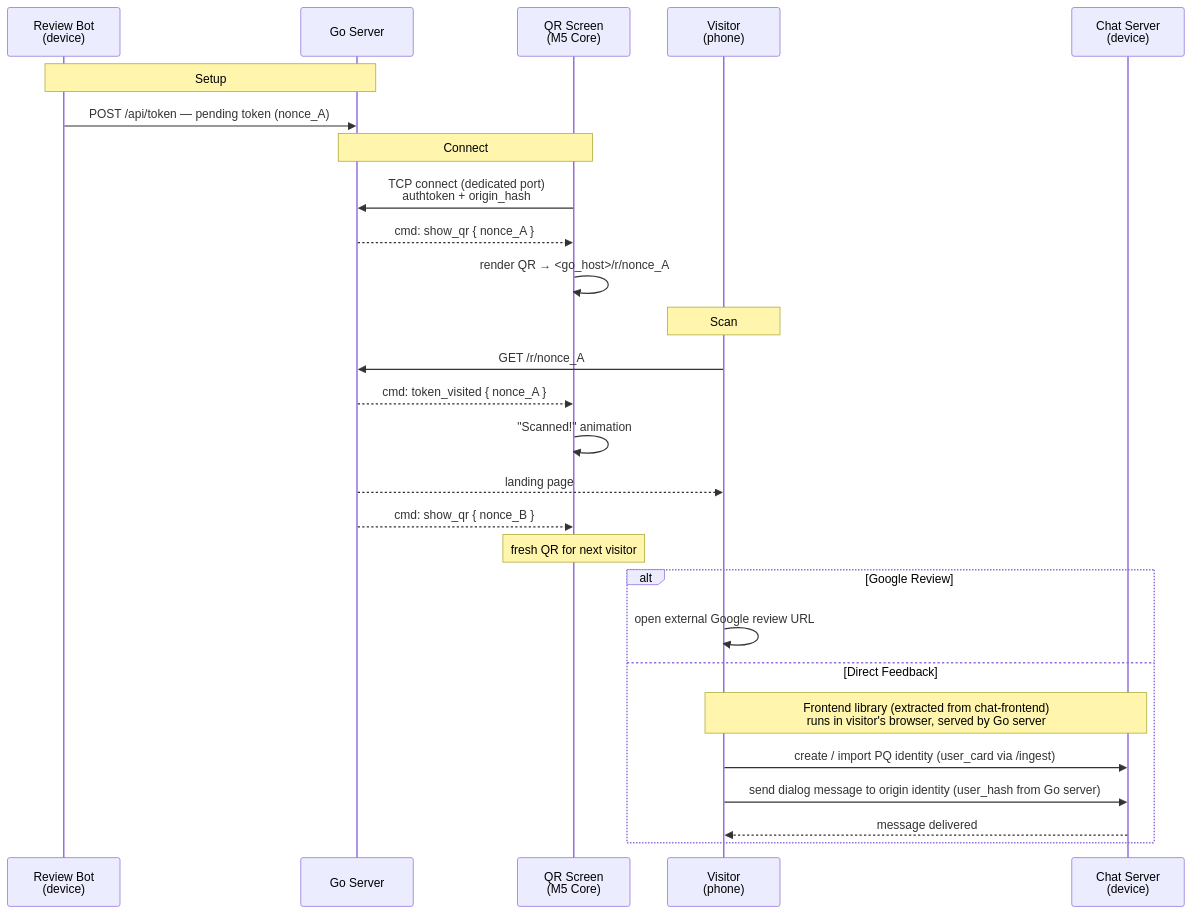
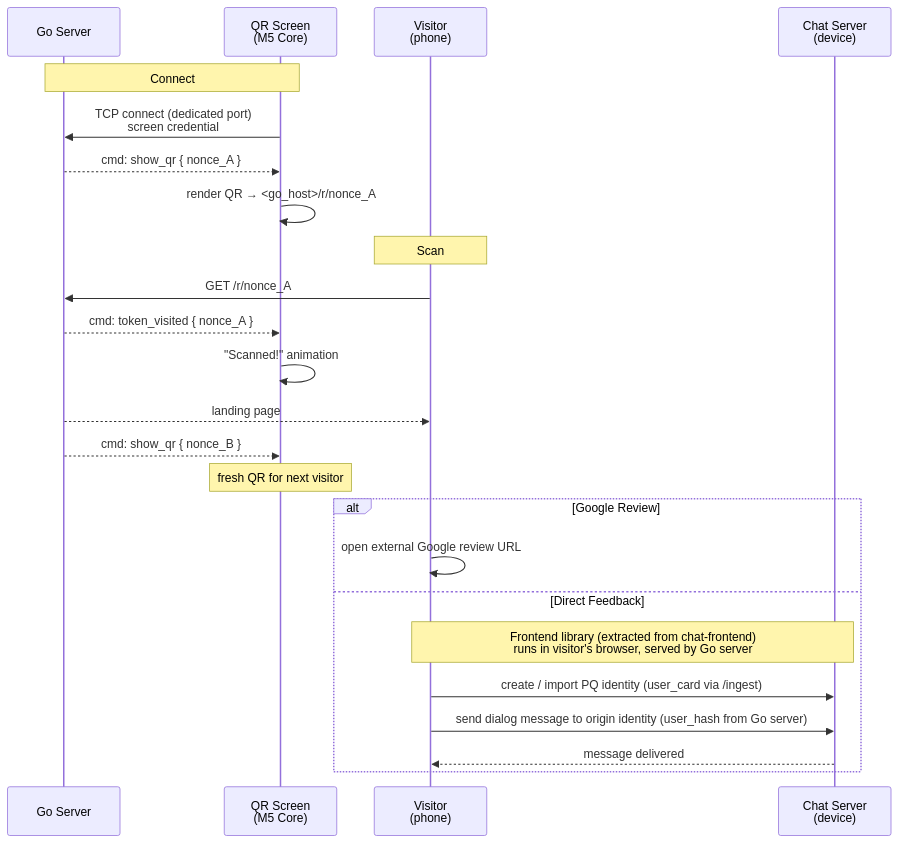
Before and after one commit to Buckitup-chat/chat: the diagram in docs/pq/reqs/reviews/pq_review_mvp_qr_flow.proposed.md, drawn with Mermaid. The commit also changed other lines of this file, not shown here.

Commit message:
review: fixing mvp

````diff
--- a/docs/pq/reqs/reviews/pq_review_mvp_qr_flow.proposed.md
+++ b/docs/pq/reqs/reviews/pq_review_mvp_qr_flow.proposed.md
@@ -27,33 +26,29 @@
 ```mermaid
 sequenceDiagram
-    participant Bot as Review Bot<br/>(device)
     participant Go as Go Server
     participant M5 as QR Screen<br/>(M5 Core)
     participant V as Visitor<br/>(phone)
     participant Chat as Chat Server<br/>(device)
 
-    Note over Bot,Go: Setup
-    Bot->>Go: POST /api/token — pending token (nonce_A)
-
     Note over M5,Go: Connect
-    M5->>Go: TCP connect (dedicated port)<br/>authtoken + origin_hash
+    M5->>Go: TCP connect (dedicated port)<br/>screen credential
     Go-->>M5: cmd: show_qr { nonce_A }
     M5->>M5: render QR → <go_host>/r/nonce_A
 
     Note over V: Scan
     V->>Go: GET /r/nonce_A
     Go-->>M5: cmd: token_visited { nonce_A }
     M5->>M5: "Scanned!" animation
     Go-->>V: landing page
     Go-->>M5: cmd: show_qr { nonce_B }
     Note over M5: fresh QR for next visitor
 
     alt Google Review
         V->>V: open external Google review URL
     else Direct Feedback
         Note over V,Chat: Frontend library (extracted from chat-frontend)<br/>runs in visitor's browser, served by Go server
         V->>Chat: create / import PQ identity (user_card via /ingest)
         V->>Chat: send dialog message to origin identity (user_hash from Go server)
         Chat-->>V: message delivered
     end
 ```
````
